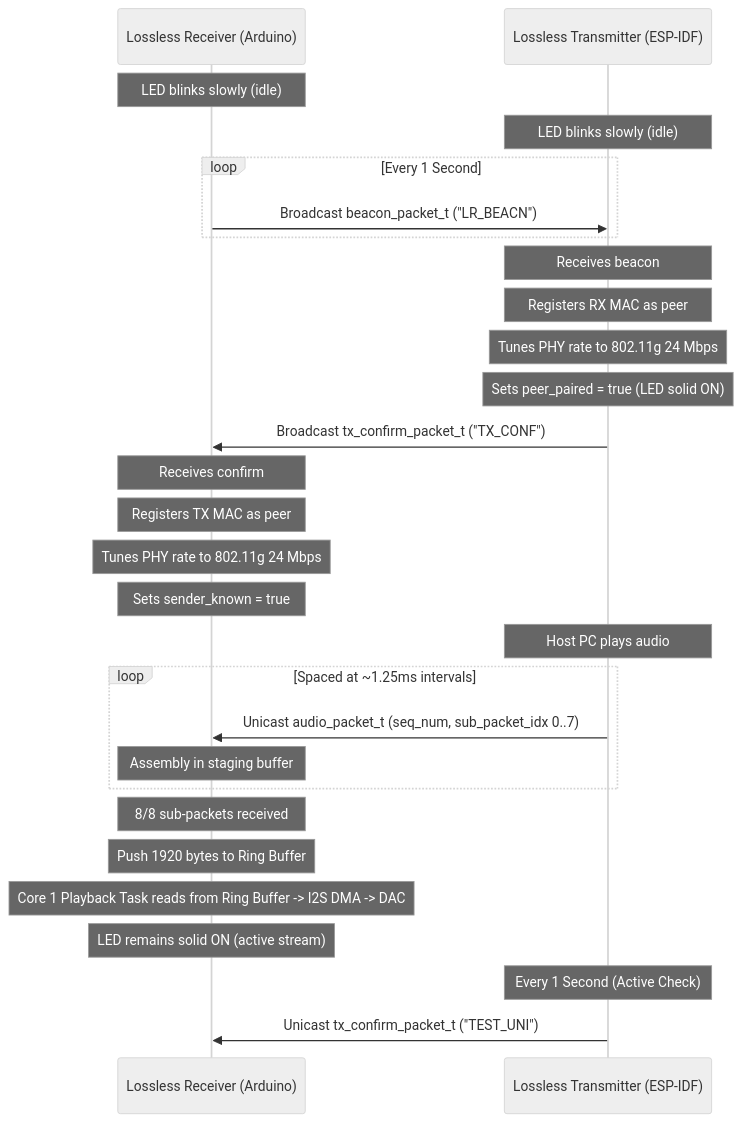
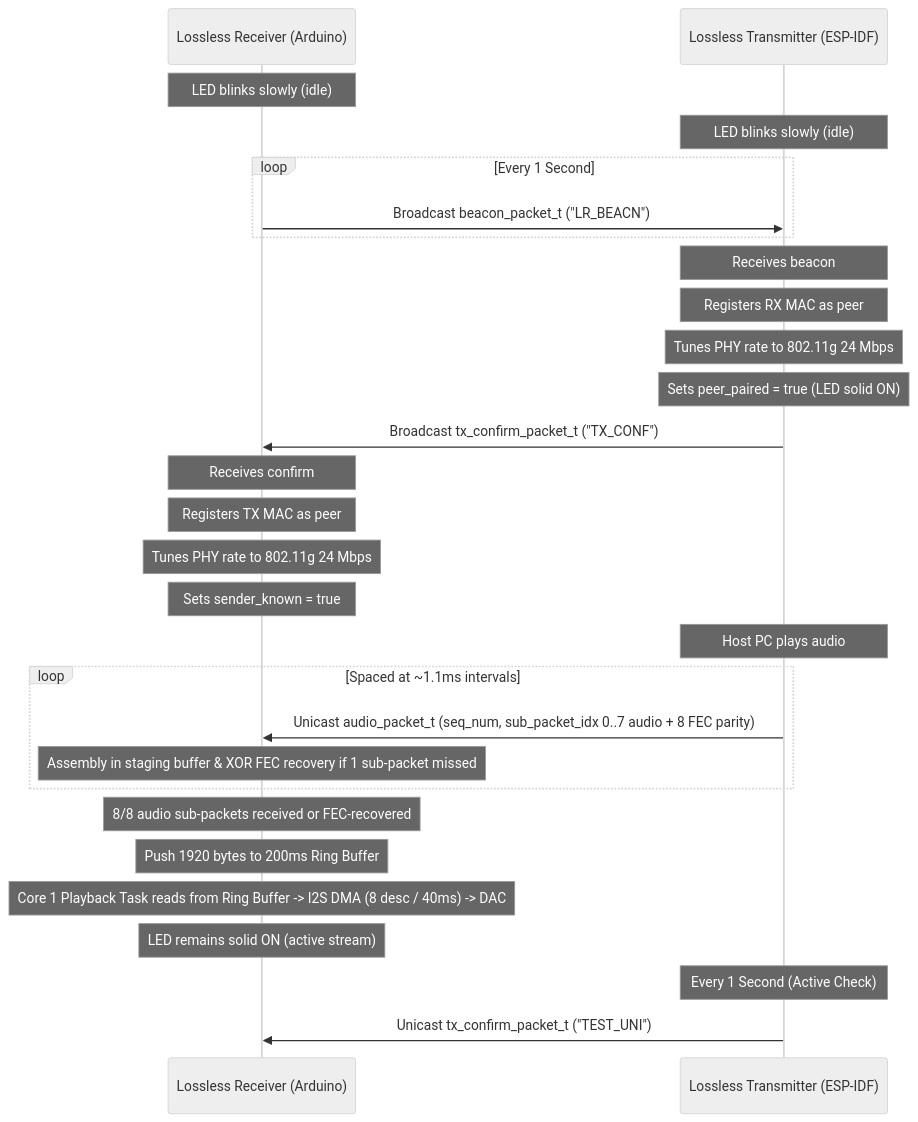
The diagram in AGENTS.md (jtliang24/lossless_bridge), drawn with Mermaid (neutral theme) before and after one commit. The commit also changed other lines of this file, not shown here.

First line of the commit message:
docs: update AGENTS.md with FEC protocol, Channel 11, and 200ms ring buffer specs

````diff
--- a/AGENTS.md
+++ b/AGENTS.md
@@ -70,38 +72,38 @@
 ```mermaid
 sequenceDiagram
     participant RX as Lossless Receiver (Arduino)
     participant TX as Lossless Transmitter (ESP-IDF)
     
     Note over RX: LED blinks slowly (idle)
     Note over TX: LED blinks slowly (idle)
     
     loop Every 1 Second
         RX->>TX: Broadcast beacon_packet_t ("LR_BEACN")
     end
     
     Note over TX: Receives beacon
     Note over TX: Registers RX MAC as peer
     Note over TX: Tunes PHY rate to 802.11g 24 Mbps
     Note over TX: Sets peer_paired = true (LED solid ON)
     
     TX->>RX: Broadcast tx_confirm_packet_t ("TX_CONF")
     
     Note over RX: Receives confirm
     Note over RX: Registers TX MAC as peer
     Note over RX: Tunes PHY rate to 802.11g 24 Mbps
     Note over RX: Sets sender_known = true
     
     Note over TX: Host PC plays audio
-    loop Spaced at ~1.25ms intervals
-        TX->>RX: Unicast audio_packet_t (seq_num, sub_packet_idx 0..7)
-        Note over RX: Assembly in staging buffer
+    loop Spaced at ~1.1ms intervals
+        TX->>RX: Unicast audio_packet_t (seq_num, sub_packet_idx 0..7 audio + 8 FEC parity)
+        Note over RX: Assembly in staging buffer & XOR FEC recovery if 1 sub-packet missed
     end
     
-    Note over RX: 8/8 sub-packets received
-    Note over RX: Push 1920 bytes to Ring Buffer
-    Note over RX: Core 1 Playback Task reads from Ring Buffer -> I2S DMA -> DAC
+    Note over RX: 8/8 audio sub-packets received or FEC-recovered
+    Note over RX: Push 1920 bytes to 200ms Ring Buffer
+    Note over RX: Core 1 Playback Task reads from Ring Buffer -> I2S DMA (8 desc / 40ms) -> DAC
     Note over RX: LED remains solid ON (active stream)
     
     Note over TX: Every 1 Second (Active Check)
     TX->>RX: Unicast tx_confirm_packet_t ("TEST_UNI")
 ```
````
